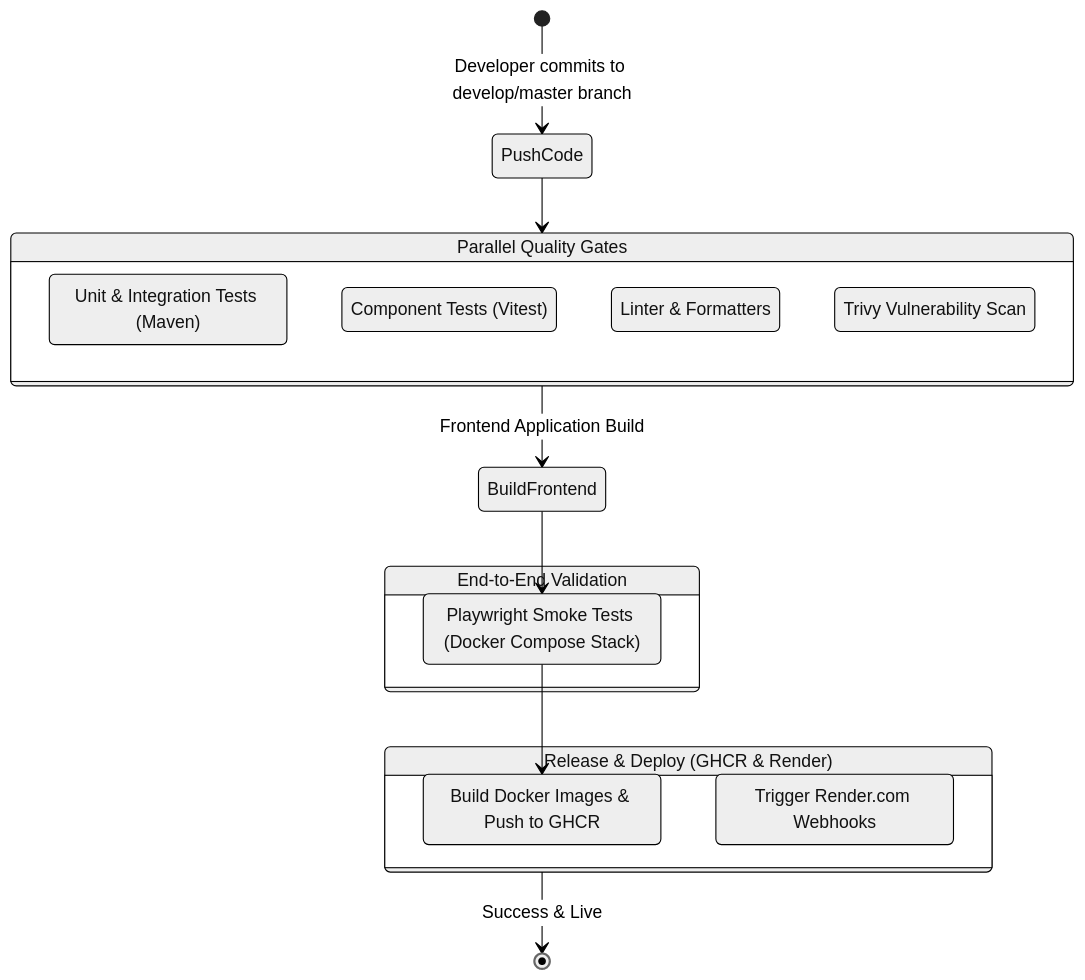
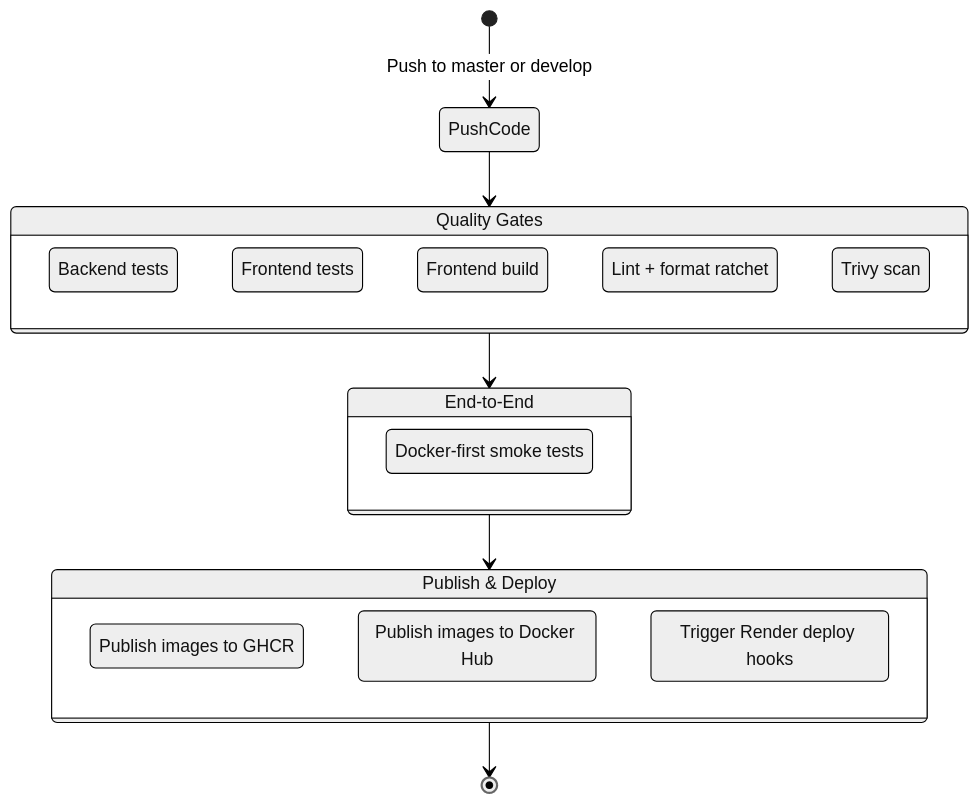
One commit to JasonTM17/Ecommerce_BookStore changed the second of 2 diagrams in docs/architecture-and-cicd.md. Above: the diagram before and after it, drawn with Mermaid (neutral theme). The commit also changed other lines of this file and 17 other files, not shown here.

````diff
--- a/docs/architecture-and-cicd.md
+++ b/docs/architecture-and-cicd.md
@@ -58,29 +60,29 @@
 ```mermaid
 stateDiagram-v2
-    [*] --> PushCode: Developer commits to develop/master branch
-    
-    state "Parallel Quality Gates" as Gates {
-        BackendTest: Unit & Integration Tests (Maven)
-        FrontendTest: Component Tests (Vitest)
-        CodeQuality: Linter & Formatters
-        SecurityScan: Trivy Vulnerability Scan
+    [*] --> PushCode: Push to master or develop
+
+    state "Quality Gates" as Gates {
+        BackendTest: Backend tests
+        FrontendTest: Frontend tests
+        FrontendBuild: Frontend build
+        CodeQuality: Lint + format ratchet
+        SecurityScan: Trivy scan
     }
-    
+
     PushCode --> Gates
-    
-    Gates --> BuildFrontend: Frontend Application Build
-    BuildFrontend --> E2ETest
-    
-    state "End-to-End Validation" as E2E {
-        E2ETest: Playwright Smoke Tests (Docker Compose Stack)
+    Gates --> E2E
+
+    state "End-to-End" as E2E {
+        Playwright: Docker-first smoke tests
     }
-    
-    E2ETest --> Release
-    
-    state "Release & Deploy (GHCR & Render)" as ReleaseStage {
-        Release: Build Docker Images & Push to GHCR
-        Deploy: Trigger Render.com Webhooks
+
+    E2E --> Publish
+
+    state "Publish & Deploy" as Publish {
+        GHCR: Publish images to GHCR
+        DockerHub: Publish images to Docker Hub
+        Render: Trigger Render deploy hooks
     }
-    
-    ReleaseStage --> [*]: Success & Live
+
+    Publish --> [*]
 ```
````
